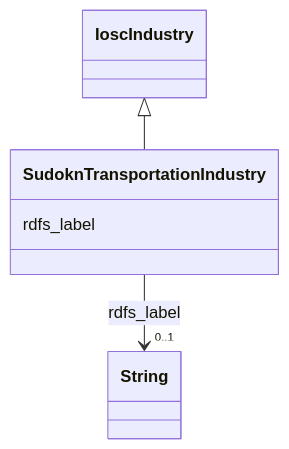
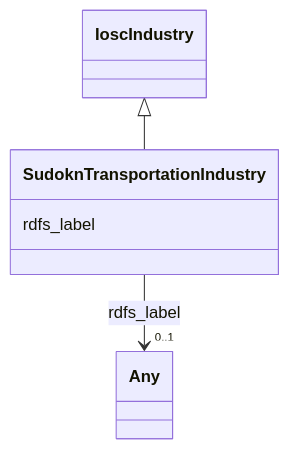
The diagram in sudokn-kg/classes/SudoknTransportationIndustry.md (frink-okn/graph-descriptions), drawn with Mermaid before and after one commit. The commit also changed other lines of this file and 903 other files, not shown here.

````diff
--- a/sudokn-kg/classes/SudoknTransportationIndustry.md
+++ b/sudokn-kg/classes/SudoknTransportationIndustry.md
@@ -23,18 +18,18 @@
 ```mermaid
  classDiagram
     class SudoknTransportationIndustry
     click SudoknTransportationIndustry href "../SudoknTransportationIndustry"
       IoscIndustry <|-- SudoknTransportationIndustry
         click IoscIndustry href "../IoscIndustry"
       
       SudoknTransportationIndustry : rdfs_label
         
           
     
     
-    SudoknTransportationIndustry --> "0..1" String : rdfs_label
-    click String href "../String"
+    SudoknTransportationIndustry --> "0..1" Any : rdfs_label
+    click Any href "../Any"
 
         
       
 ```
````
